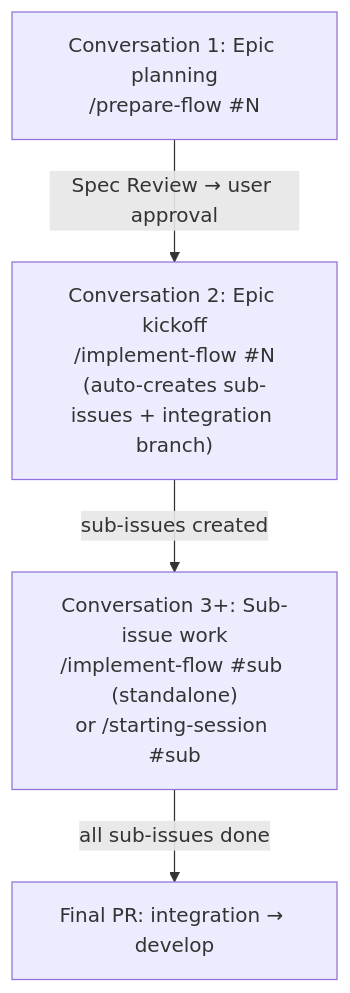
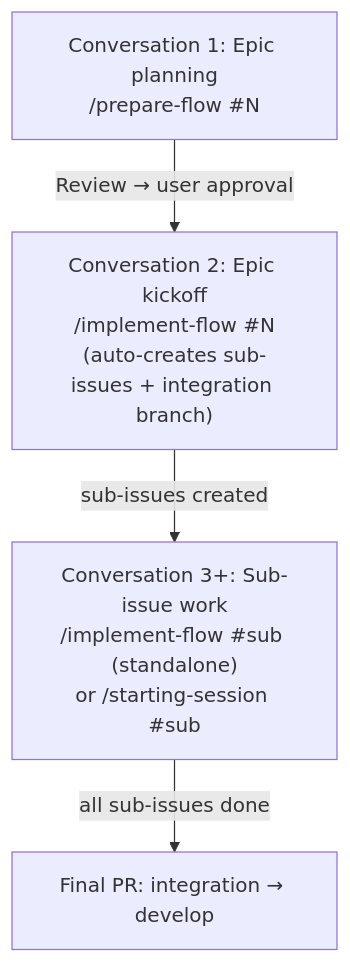
Before and after one commit to ShirokumaLibrary/shirokuma-plugins: the second of 2 diagrams in shirokuma-skills-en/skills/implement-flow/reference/workflow-details.md, drawn with Mermaid. The commit also changed other lines of this file and 51 other files, not shown here.

````diff
--- a/shirokuma-skills-en/skills/implement-flow/reference/workflow-details.md
+++ b/shirokuma-skills-en/skills/implement-flow/reference/workflow-details.md
@@ -32,10 +32,10 @@
 ```mermaid
 graph TD
     E1["Conversation 1: Epic planning<br/>/prepare-flow #N"]
     E2["Conversation 2: Epic kickoff<br/>/implement-flow #N<br/>(auto-creates sub-issues + integration branch)"]
     E3["Conversation 3+: Sub-issue work<br/>/implement-flow #sub (standalone)<br/>or /starting-session #sub"]
 
-    E1 -->|"Spec Review → user approval"| E2
+    E1 -->|"Review → user approval"| E2
     E2 -->|"sub-issues created"| E3
     E3 -->|"all sub-issues done"| Final["Final PR: integration → develop"]
 ```
````
